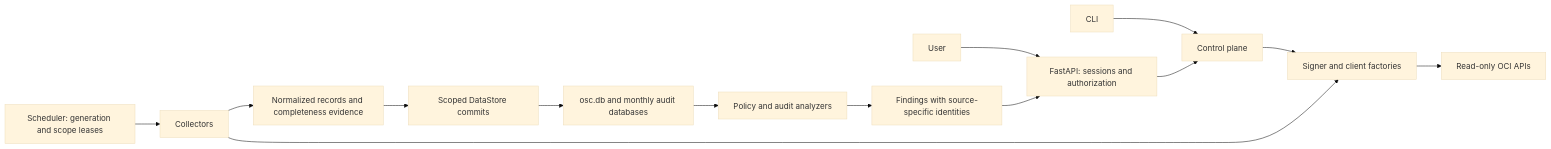
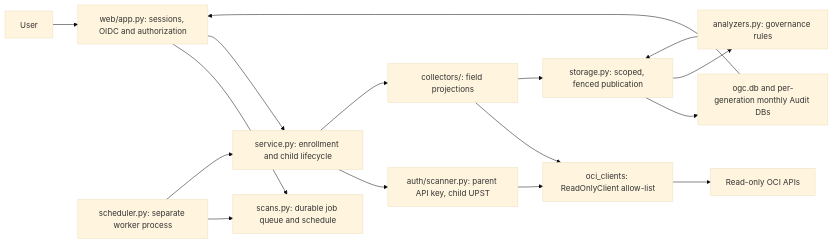
Before and after one commit to kiranthakkar/oci-governance-center: the diagram in docs/architecture.md, drawn with Mermaid (base theme). The commit also changed other lines of this file and 183 other files, not shown here.

````diff
--- a/docs/architecture.md
+++ b/docs/architecture.md
@@ -15,16 +16,18 @@
 ```mermaid
 flowchart LR
-    User --> Web[FastAPI: sessions and authorization]
-    CLI --> CP[Control plane]
-    Web --> CP
-    CP --> Factory[Signer and client factories]
-    Scheduler[Scheduler: generation and scope leases] --> Collectors
-    Collectors --> Factory
-    Factory --> OCI[Read-only OCI APIs]
-    Collectors --> Stage[Normalized records and completeness evidence]
-    Stage --> Store[Scoped DataStore commits]
-    Store --> SQLite[osc.db and monthly audit databases]
-    SQLite --> Analysis[Policy and audit analyzers]
-    Analysis --> Findings[Findings with source-specific identities]
-    Findings --> Web
+    User --> Web[web/app.py: sessions, OIDC and authorization]
+    Web --> Queue[scans.py: durable job queue and schedule]
+    Web --> Service[service.py: enrollment and child lifecycle]
+    Scheduler[scheduler.py: separate worker process] --> Queue
+    Scheduler --> Service
+    Service --> Auth[auth/scanner.py: parent API key, child UPST]
+    Service --> Collectors[collectors/: field projections]
+    Collectors --> Clients[oci_clients: ReadOnlyClient allow-list]
+    Auth --> Clients
+    Clients --> OCI[Read-only OCI APIs]
+    Collectors --> Store[storage.py: scoped, fenced publication]
+    Store --> SQLite[ogc.db and per-generation monthly Audit DBs]
+    Store --> Analysis[analyzers.py: governance rules]
+    Analysis --> Store
+    SQLite --> Web
 ```
````
